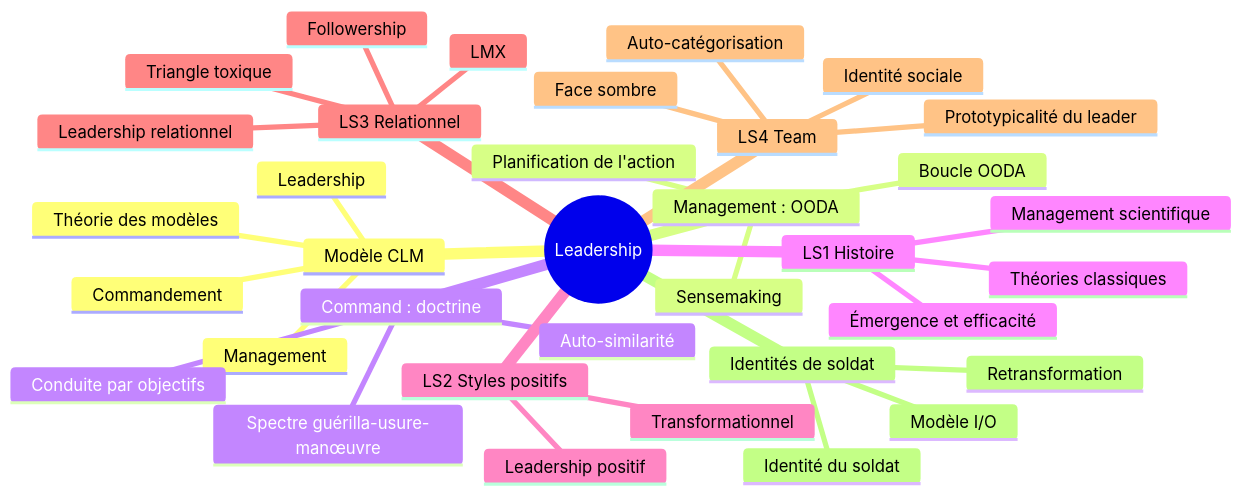
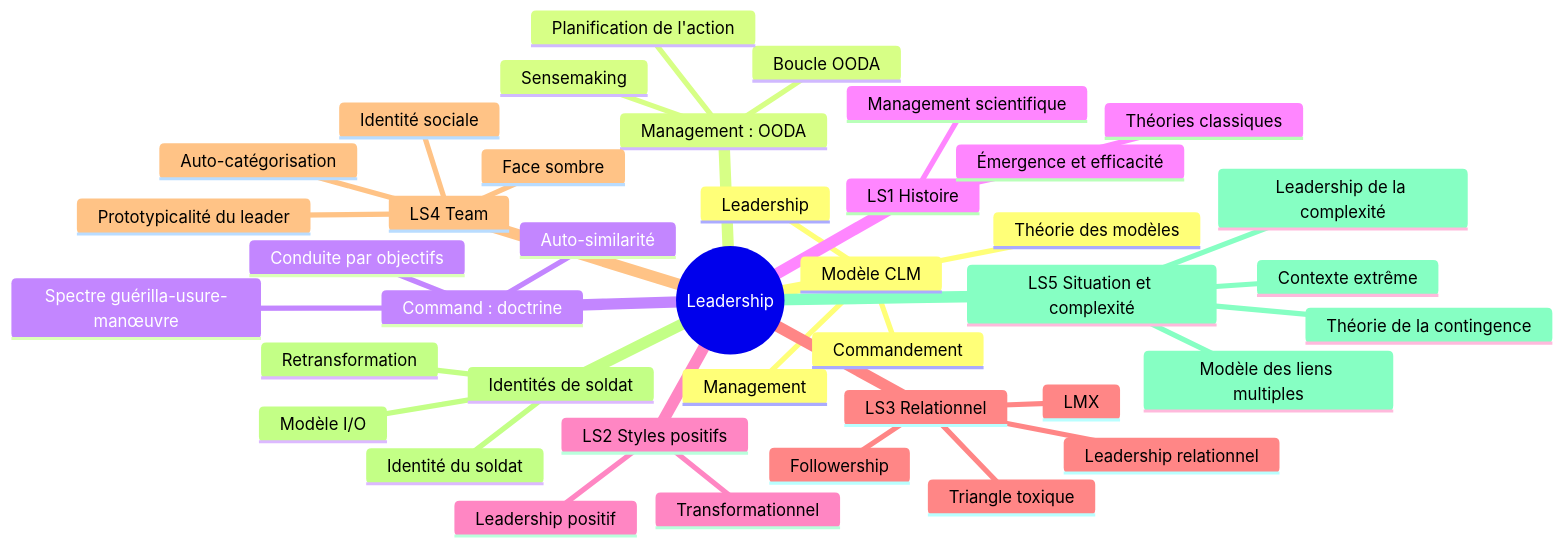
Before and after one commit to aidraxowl/NEXUS: the diagram in NEXUS/09-Learning/Course-Maps/HS26 - Leadership.md, drawn with Mermaid. The commit also changed other lines of this file and 45 other files, not shown here.

````diff
--- a/NEXUS/09-Learning/Course-Maps/HS26 - Leadership.md
+++ b/NEXUS/09-Learning/Course-Maps/HS26 - Leadership.md
@@ -22,38 +22,43 @@
 ```mermaid
 mindmap
   root((Leadership))
     Modèle CLM
       Commandement
       Leadership
       Management
       Théorie des modèles
     Management : OODA
       Boucle OODA
       Sensemaking
       Planification de l'action
     Command : doctrine
       Conduite par objectifs
       Spectre guérilla-usure-manœuvre
       Auto-similarité
     LS1 Histoire
       Théories classiques
       Émergence et efficacité
       Management scientifique
     LS2 Styles positifs
       Leadership positif
       Transformationnel
     LS3 Relationnel
       Leadership relationnel
       Followership
       Triangle toxique
       LMX
     LS4 Team
       Identité sociale
       Auto-catégorisation
       Prototypicalité du leader
       Face sombre
     Identités de soldat
       Modèle I/O
       Identité du soldat
       Retransformation
+    LS5 Situation et complexité
+      Théorie de la contingence
+      Modèle des liens multiples
+      Contexte extrême
+      Leadership de la complexité
 ```
````
